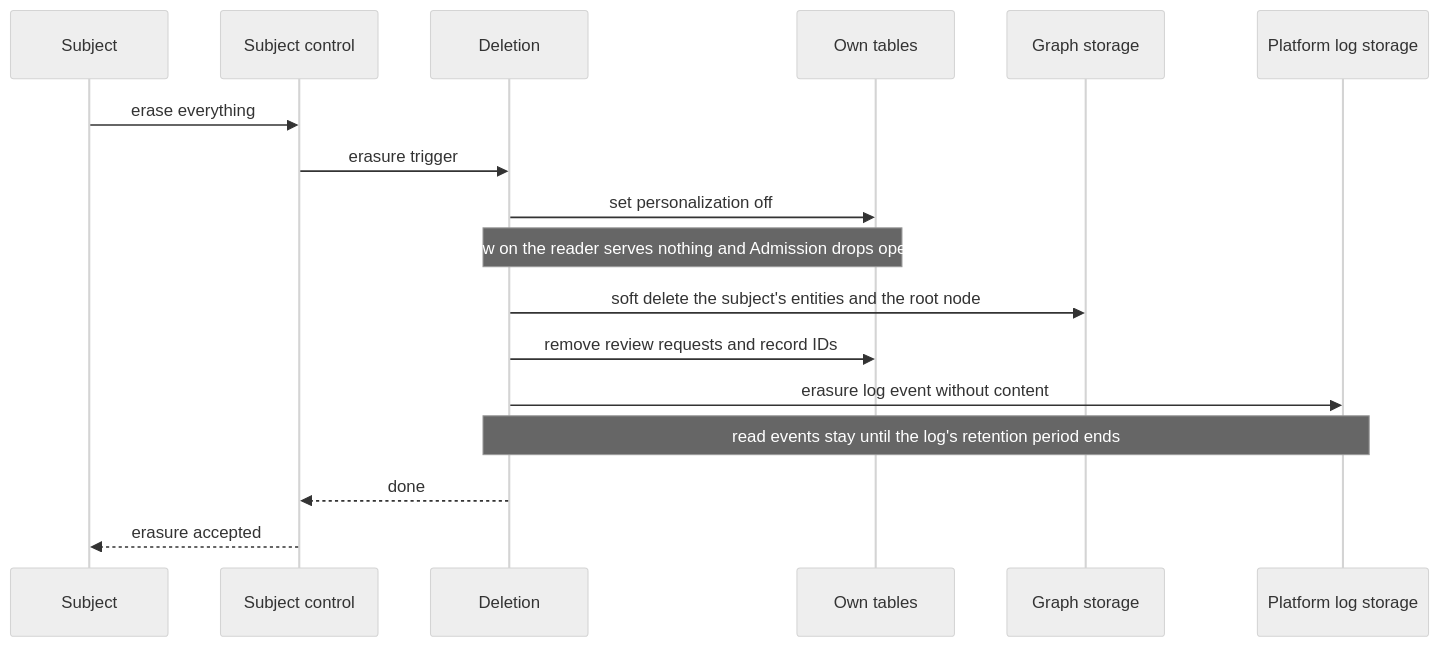
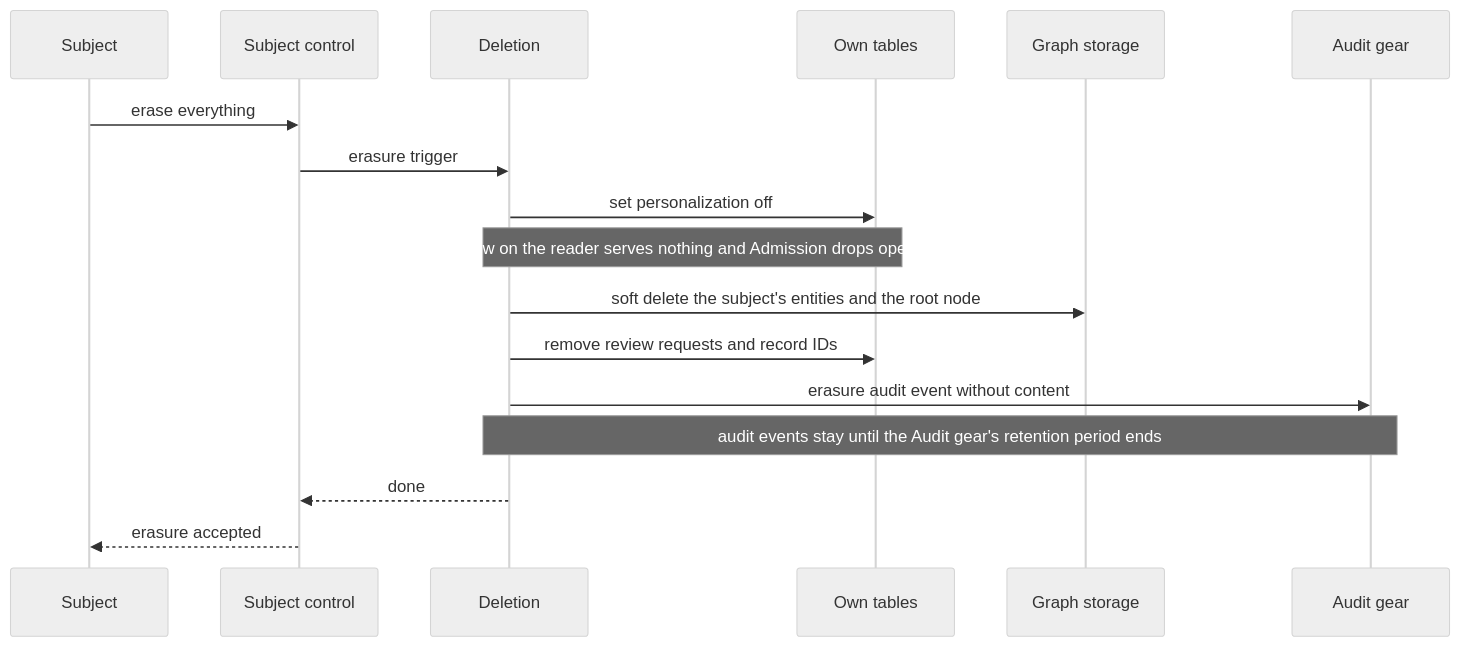
The eighth of 9 diagrams in gears/construct/docs/DESIGN.md (AndIConstructor/gears-rust), drawn with Mermaid (neutral theme) before and after one commit. The commit also changed other lines of this file and 4 other files, not shown here.

````diff
--- a/gears/construct/docs/DESIGN.md
+++ b/gears/construct/docs/DESIGN.md
@@ -926,19 +929,19 @@
 ```mermaid
 sequenceDiagram
     participant SU as Subject
     participant SC as Subject control
     participant DEL as Deletion
     participant T as Own tables
     participant GS as Graph storage
-    participant LS as Platform log storage
+    participant LS as Audit gear
     SU->>SC: erase everything
     SC->>DEL: erasure trigger
     DEL->>T: set personalization off
     Note over DEL,T: from now on the reader serves nothing and Admission drops open plans
     DEL->>GS: soft delete the subject's entities and the root node
     DEL->>T: remove review requests and record IDs
-    DEL->>LS: erasure log event without content
-    Note over DEL,LS: read events stay until the log's retention period ends
+    DEL->>LS: erasure audit event without content
+    Note over DEL,LS: audit events stay until the Audit gear's retention period ends
     DEL-->>SC: done
     SC-->>SU: erasure accepted
 ```
````
